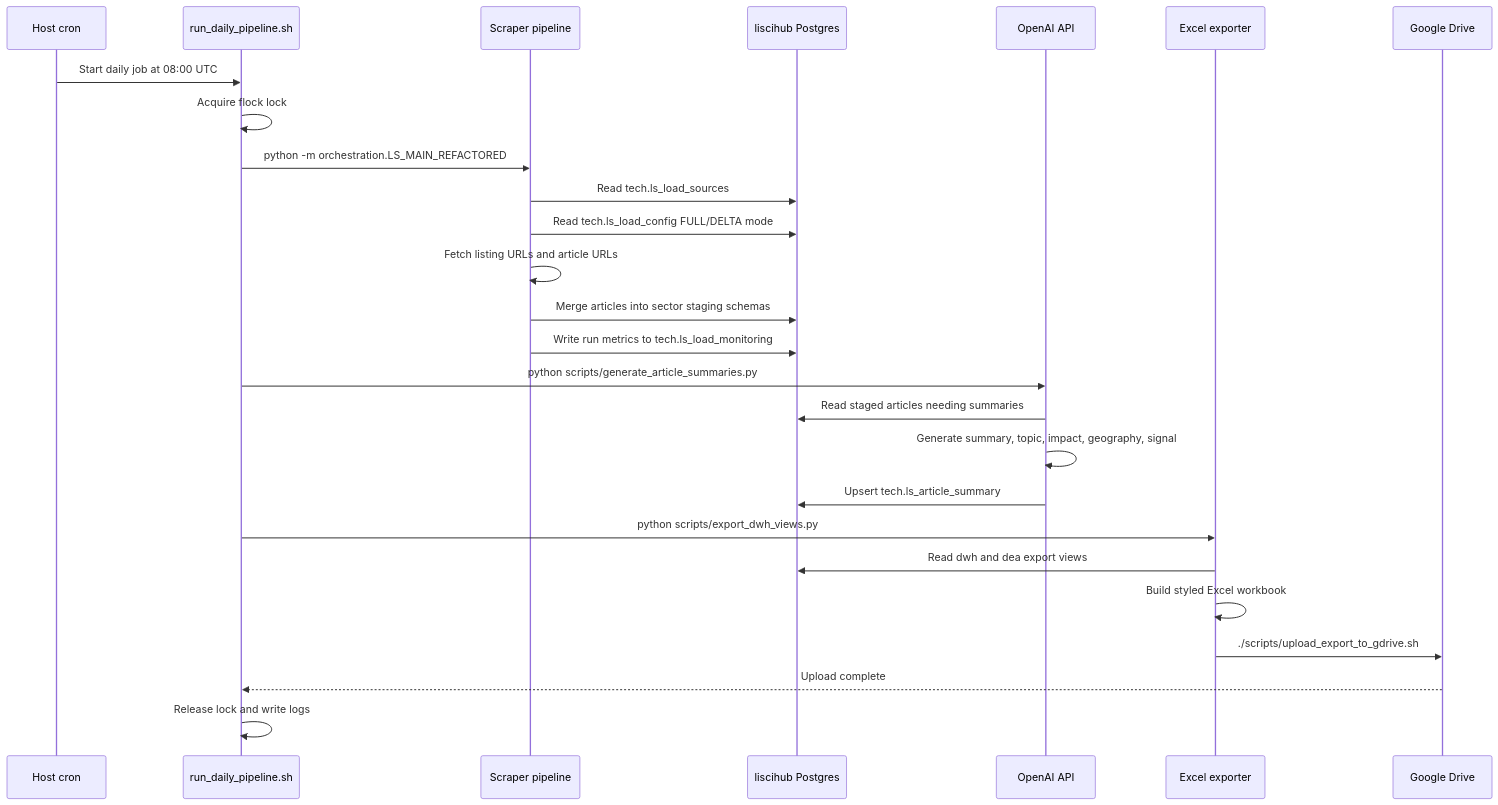
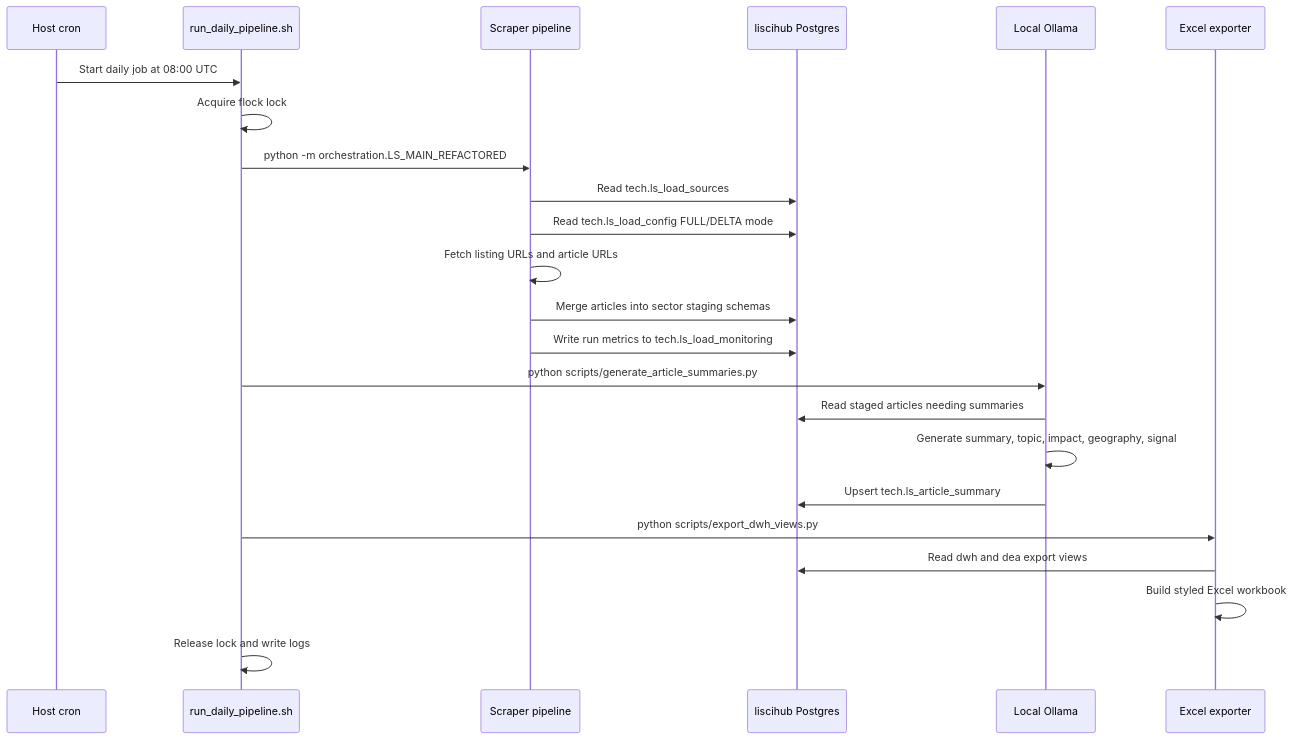
The second of 4 diagrams in docs/architecture/liscihub_technical_architecture.md (valentinjoseph/lifescihub), drawn with Mermaid before and after one commit. The commit also changed other lines of this file and 18 other files, not shown here.

````diff
--- a/docs/architecture/liscihub_technical_architecture.md
+++ b/docs/architecture/liscihub_technical_architecture.md
@@ -112,29 +112,26 @@
 ```mermaid
 sequenceDiagram
     participant Cron as Host cron
     participant Runner as run_daily_pipeline.sh
     participant Scrape as Scraper pipeline
     participant PG as liscihub Postgres
-    participant AI as OpenAI API
+    participant AI as Local Ollama
     participant Export as Excel exporter
-    participant Drive as Google Drive
 
     Cron->>Runner: Start daily job at 08:00 UTC
     Runner->>Runner: Acquire flock lock
     Runner->>Scrape: python -m orchestration.LS_MAIN_REFACTORED
     Scrape->>PG: Read tech.ls_load_sources
     Scrape->>PG: Read tech.ls_load_config FULL/DELTA mode
     Scrape->>Scrape: Fetch listing URLs and article URLs
     Scrape->>PG: Merge articles into sector staging schemas
     Scrape->>PG: Write run metrics to tech.ls_load_monitoring
     Runner->>AI: python scripts/generate_article_summaries.py
     AI->>PG: Read staged articles needing summaries
     AI->>AI: Generate summary, topic, impact, geography, signal
     AI->>PG: Upsert tech.ls_article_summary
     Runner->>Export: python scripts/export_dwh_views.py
     Export->>PG: Read dwh and dea export views
     Export->>Export: Build styled Excel workbook
-    Export->>Drive: ./scripts/upload_export_to_gdrive.sh
-    Drive-->>Runner: Upload complete
     Runner->>Runner: Release lock and write logs
 ```
````
